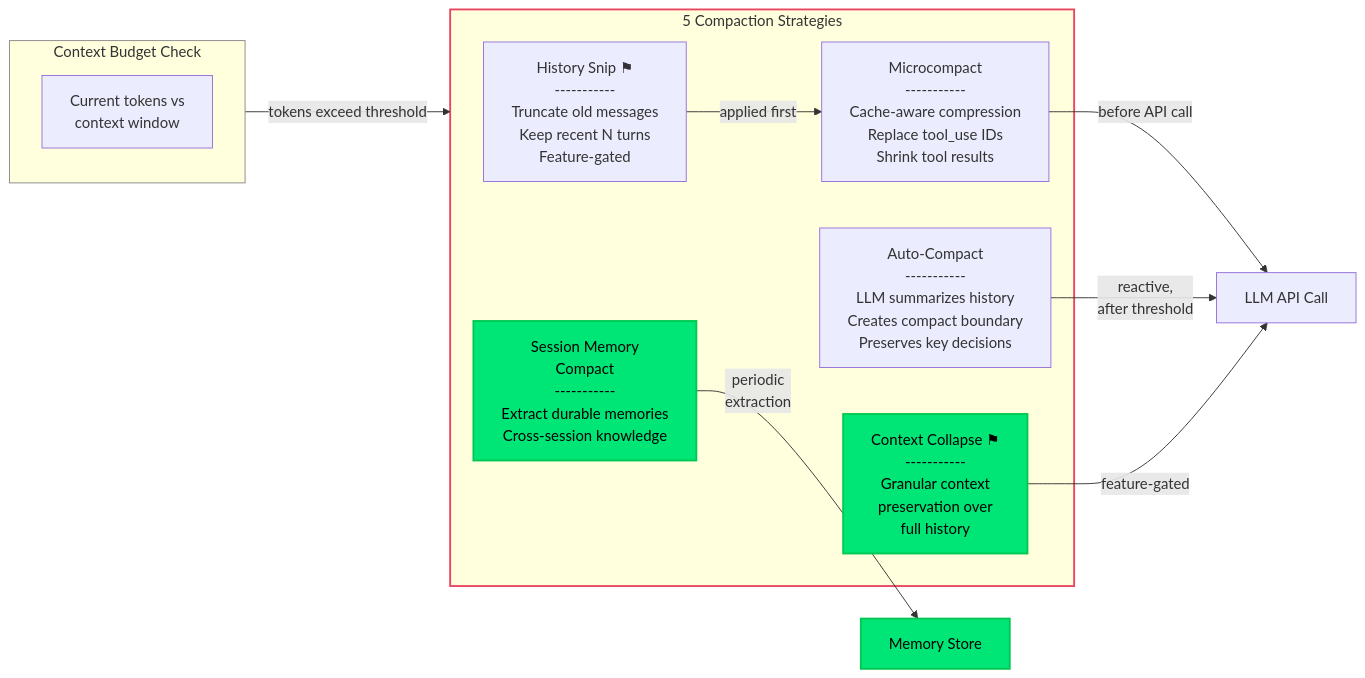
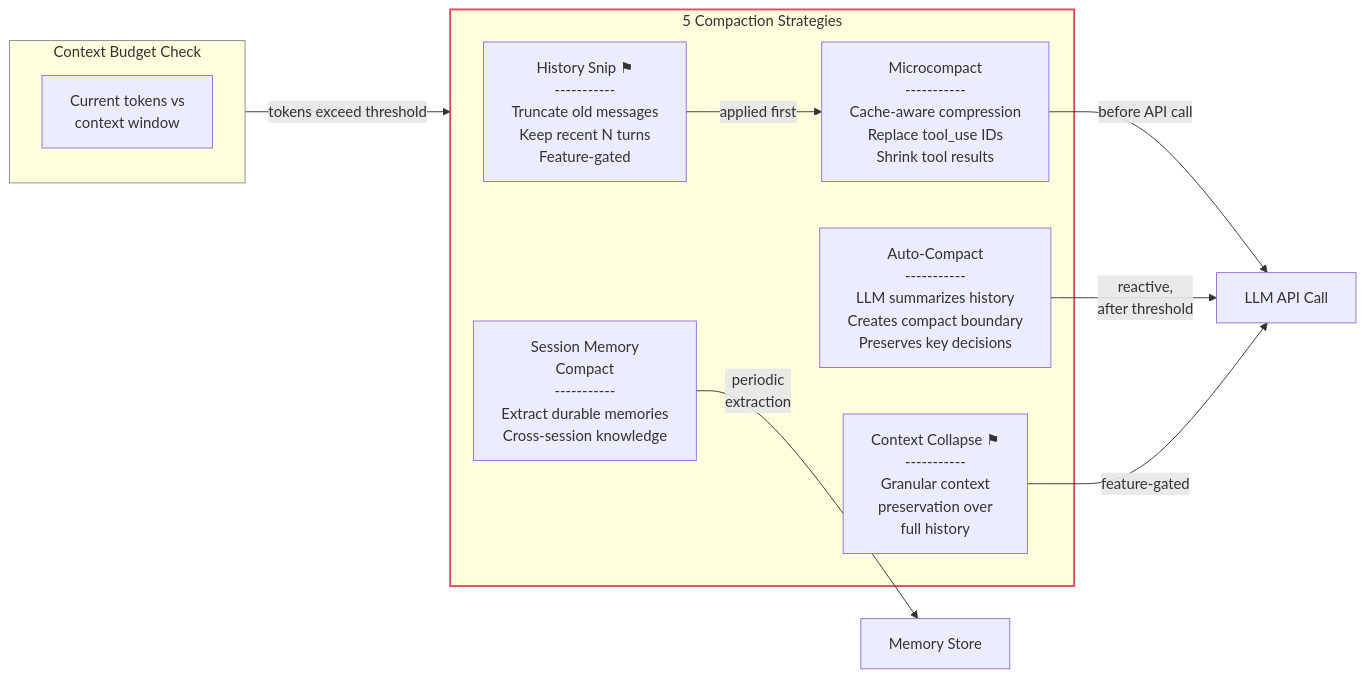
Before and after one commit to PavelValentov/multi-agent-architecture: the tenth of 14 diagrams in DIAGRAMS.md, drawn with Mermaid. The commit also changed other lines of this file, not shown here.

First line of the commit message:
Remove green highlighting from all diagrams

````diff
--- a/DIAGRAMS.md
+++ b/DIAGRAMS.md
@@ -860,28 +808,25 @@
 ```mermaid
 flowchart LR
     subgraph Input["Context Budget Check"]
         TOKENS["Current tokens vs<br/>context window"]
     end
 
     Input -->|"tokens exceed threshold"| STRATEGIES
 
     subgraph STRATEGIES["5 Compaction Strategies"]
         SNIP["History Snip ⚑<br/>-----------<br/>Truncate old messages<br/>Keep recent N turns<br/>Feature-gated"]
         MICRO["Microcompact<br/>-----------<br/>Cache-aware compression<br/>Replace tool_use IDs<br/>Shrink tool results"]
         AUTO["Auto-Compact<br/>-----------<br/>LLM summarizes history<br/>Creates compact boundary<br/>Preserves key decisions"]
         CTX_COLLAPSE["Context Collapse ⚑<br/>-----------<br/>Granular context<br/>preservation over<br/>full history"]
         SESSION_MEM["Session Memory<br/>Compact<br/>-----------<br/>Extract durable memories<br/>Cross-session knowledge"]
     end
 
     SNIP -->|"applied first"| MICRO
     MICRO -->|"before API call"| API_CALL["LLM API Call"]
     AUTO -->|"reactive,<br/>after threshold"| API_CALL
     CTX_COLLAPSE -->|"feature-gated"| API_CALL
     SESSION_MEM -->|"periodic<br/>extraction"| MEMORY_STORE["Memory Store"]
 
     style Input stroke:#888,stroke-width:1px
     style STRATEGIES stroke:#e94560,stroke-width:2px
-    style SESSION_MEM fill:#00e676,stroke:#00c853,stroke-width:2px,color:#000
-    style CTX_COLLAPSE fill:#00e676,stroke:#00c853,stroke-width:2px,color:#000
-    style MEMORY_STORE fill:#00e676,stroke:#00c853,stroke-width:2px,color:#000
 ```
````
